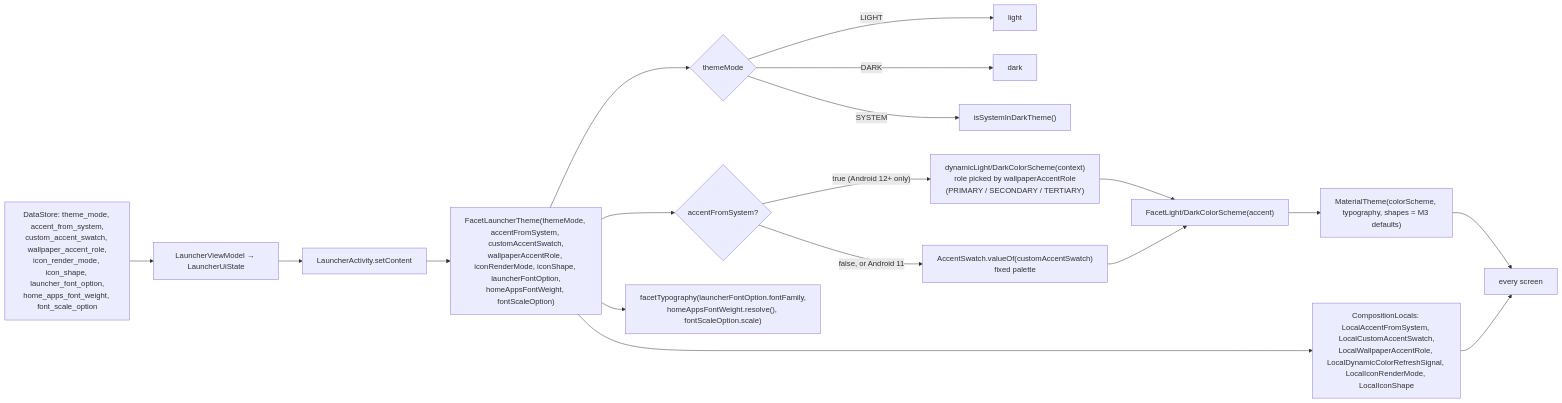
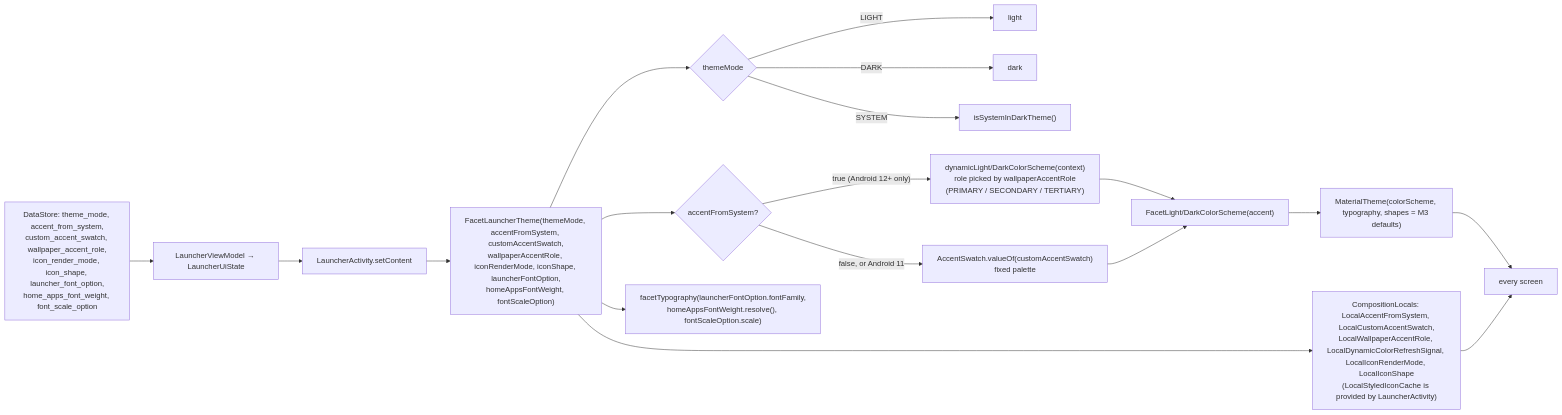
Before and after one commit to rohitganjam/facet-launcher: the second of 5 diagrams in docs/architecture/13-flow-facets-theme-notifications-onboarding.md, drawn with Mermaid. The commit also changed other lines of this file and 32 other files, not shown here.

First line of the commit message:
Icon styles: Glyph (Accent) and Outline (Accent)

````diff
--- a/docs/architecture/13-flow-facets-theme-notifications-onboarding.md
+++ b/docs/architecture/13-flow-facets-theme-notifications-onboarding.md
@@ -225,20 +225,20 @@
 ```mermaid
 flowchart LR
     DS["DataStore: theme_mode, accent_from_system,\ncustom_accent_swatch, wallpaper_accent_role,\nicon_render_mode, icon_shape, launcher_font_option,\nhome_apps_font_weight, font_scale_option"] --> LVM["LauncherViewModel → LauncherUiState"]
     LVM --> ACT["LauncherActivity.setContent"]
     ACT --> T["FacetLauncherTheme(themeMode, accentFromSystem, customAccentSwatch,\nwallpaperAccentRole, iconRenderMode, iconShape, launcherFontOption,\nhomeAppsFontWeight, fontScaleOption)"]
     T --> DARK{"themeMode"}
     DARK -- LIGHT --> L[light]
     DARK -- DARK --> D[dark]
     DARK -- SYSTEM --> SYS["isSystemInDarkTheme()"]
     T --> ACC{"accentFromSystem?"}
     ACC -- "true (Android 12+ only)" --> DYN["dynamicLight/DarkColorScheme(context)\nrole picked by wallpaperAccentRole\n(PRIMARY / SECONDARY / TERTIARY)"]
     ACC -- "false, or Android 11" --> SW["AccentSwatch.valueOf(customAccentSwatch)\nfixed palette"]
     DYN --> CS["FacetLight/DarkColorScheme(accent)"]
     SW --> CS
     T --> TYPO["facetTypography(launcherFontOption.fontFamily,\nhomeAppsFontWeight.resolve(), fontScaleOption.scale)"]
     CS --> MT["MaterialTheme(colorScheme, typography, shapes = M3 defaults)"]
-    T --> LOCALS["CompositionLocals: LocalAccentFromSystem, LocalCustomAccentSwatch,\nLocalWallpaperAccentRole, LocalDynamicColorRefreshSignal, LocalIconRenderMode, LocalIconShape"]
+    T --> LOCALS["CompositionLocals: LocalAccentFromSystem, LocalCustomAccentSwatch,\nLocalWallpaperAccentRole, LocalDynamicColorRefreshSignal, LocalIconRenderMode, LocalIconShape\n(LocalStyledIconCache is provided by LauncherActivity)"]
     MT --> APP[every screen]
     LOCALS --> APP
 ```
````
